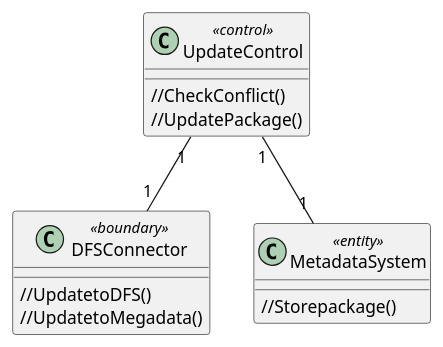
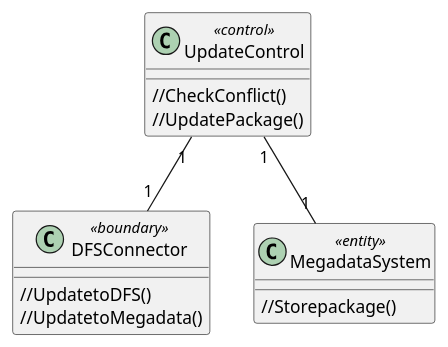
The sixth of 6 diagrams in source/solution/use-case-analysis.rst (McSinyx/ipppi), drawn with PlantUML before and after one commit.

Commit message:
update update

```diff
--- a/source/solution/use-case-analysis.rst
+++ b/source/solution/use-case-analysis.rst
@@ -161,18 +161,18 @@
 .. uml::
 
    class DFSConnector <<boundary>> {
       //UpdatetoDFS()
       //UpdatetoMegadata()
    }
 
    class UpdateControl <<control>> {
       //CheckConflict()
       //UpdatePackage()
    }
 
-   class MetadataSystem <<entity>> {
+   class MegadataSystem <<entity>> {
       //Storepackage()
    }
 
    UpdateControl "1" -- "1" DFSConnector
-   UpdateControl "1" -- "1" MetadataSystem
+   UpdateControl "1" -- "1" MegadataSystem
```
